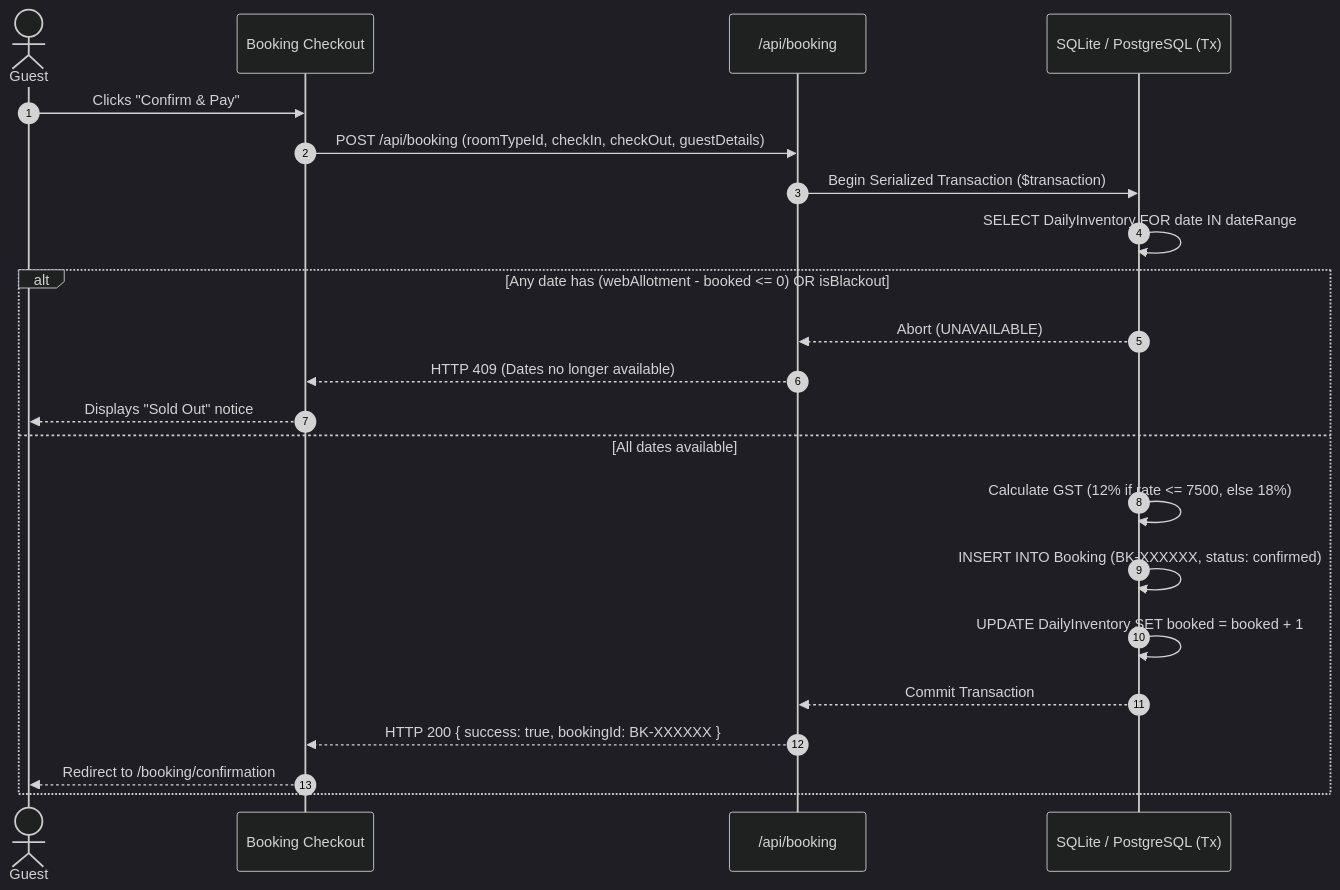
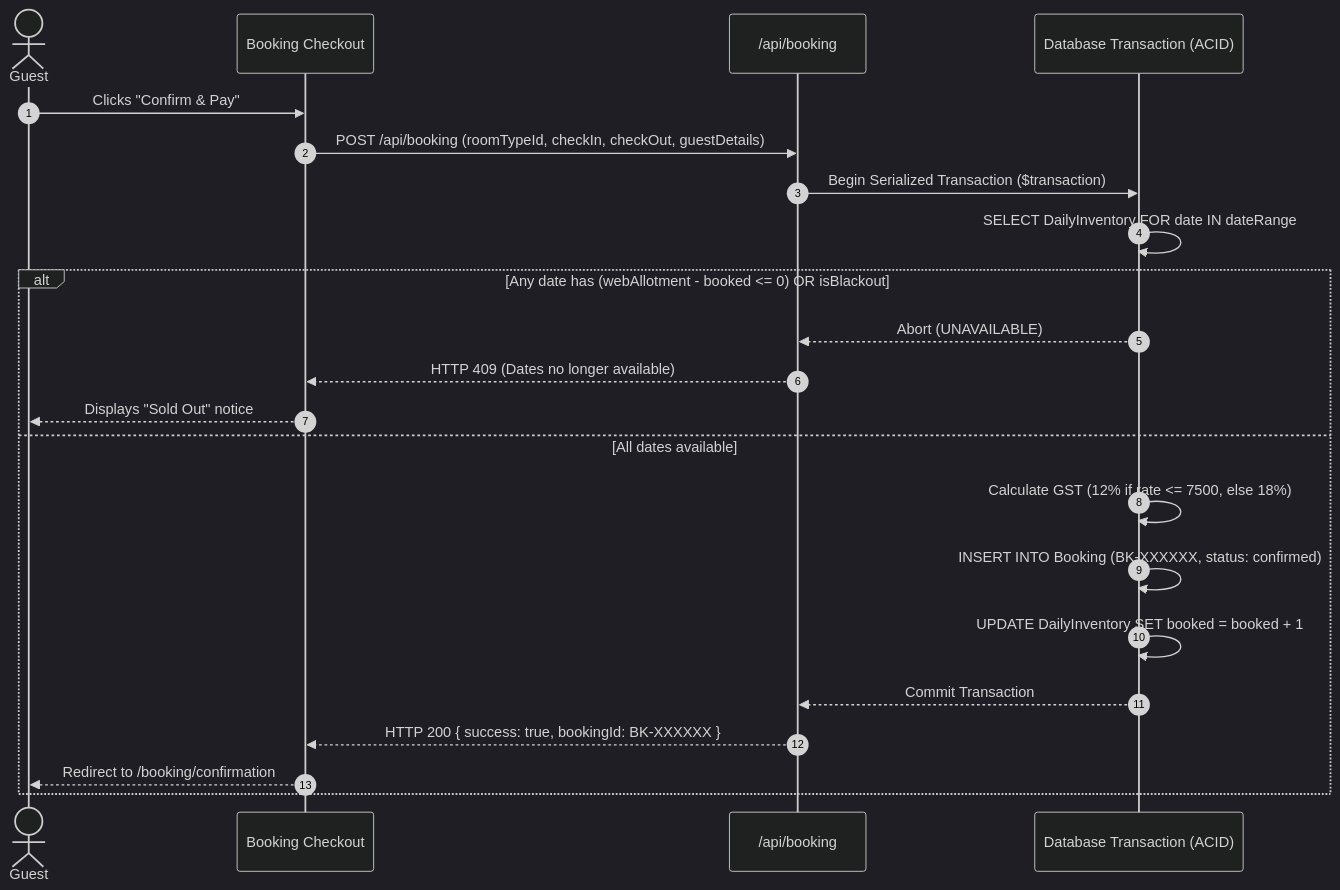
One commit to Imafrah/hill-resort changed the second of 3 diagrams in TECHNICAL_DESIGN.md. Above: the diagram before and after it, drawn with Mermaid (dark theme). The commit also changed other lines of this file and 8 other files, not shown here.

````diff
--- a/TECHNICAL_DESIGN.md
+++ b/TECHNICAL_DESIGN.md
@@ -191,25 +205,25 @@
 ```mermaid
 sequenceDiagram
     autonumber
     actor Guest
     participant Web as Booking Checkout
     participant API as /api/booking
-    participant DB as SQLite / PostgreSQL (Tx)
+    participant DB as Database Transaction (ACID)
     
     Guest->>Web: Clicks "Confirm & Pay"
     Web->>API: POST /api/booking (roomTypeId, checkIn, checkOut, guestDetails)
     API->>DB: Begin Serialized Transaction ($transaction)
     DB->>DB: SELECT DailyInventory FOR date IN dateRange
     alt Any date has (webAllotment - booked <= 0) OR isBlackout
         DB-->>API: Abort (UNAVAILABLE)
         API-->>Web: HTTP 409 (Dates no longer available)
         Web-->>Guest: Displays "Sold Out" notice
     else All dates available
         DB->>DB: Calculate GST (12% if rate <= 7500, else 18%)
         DB->>DB: INSERT INTO Booking (BK-XXXXXX, status: confirmed)
         DB->>DB: UPDATE DailyInventory SET booked = booked + 1
         DB-->>API: Commit Transaction
         API-->>Web: HTTP 200 { success: true, bookingId: BK-XXXXXX }
         Web-->>Guest: Redirect to /booking/confirmation
     end
 ```
````
